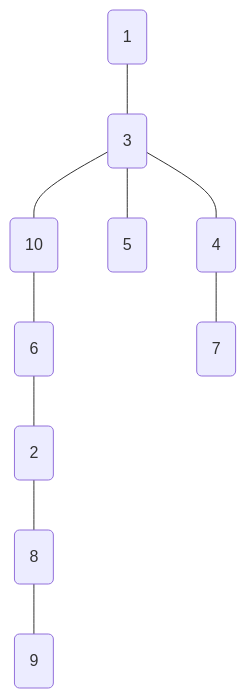
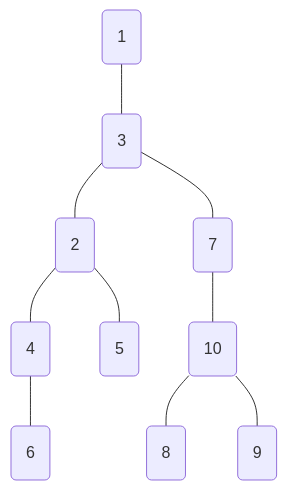
Before and after one commit to Austin1153/DSA: the diagram in HW02_DSA(2)/DFS.md, drawn with Mermaid. The commit also changed other lines of this file and 19 other files, not shown here.

````diff
--- a/HW02_DSA(2)/DFS.md
+++ b/HW02_DSA(2)/DFS.md
@@ -2,22 +2,22 @@
 ```mermaid
  graph TD
 	A1(1)
 	A2(2)
 	A3(3)
 	A4(4)
 	A5(5)
 	A6(6)
 	A7(7)
 	A8(8)
 	A9(9)
 	A10(10)
 	A1 --- A3
-	A3 --- A4
-	A4 --- A7
-	A3 --- A5
-	A3 --- A10
-	A10 --- A6
-	A6 --- A2
-	A2 --- A8
-	A8 --- A9
+	A3 --- A2
+	A2 --- A4
+	A4 --- A6
+	A2 --- A5
+	A3 --- A7
+	A7 --- A10
+	A10 --- A8
+	A10 --- A9
 ```
````
